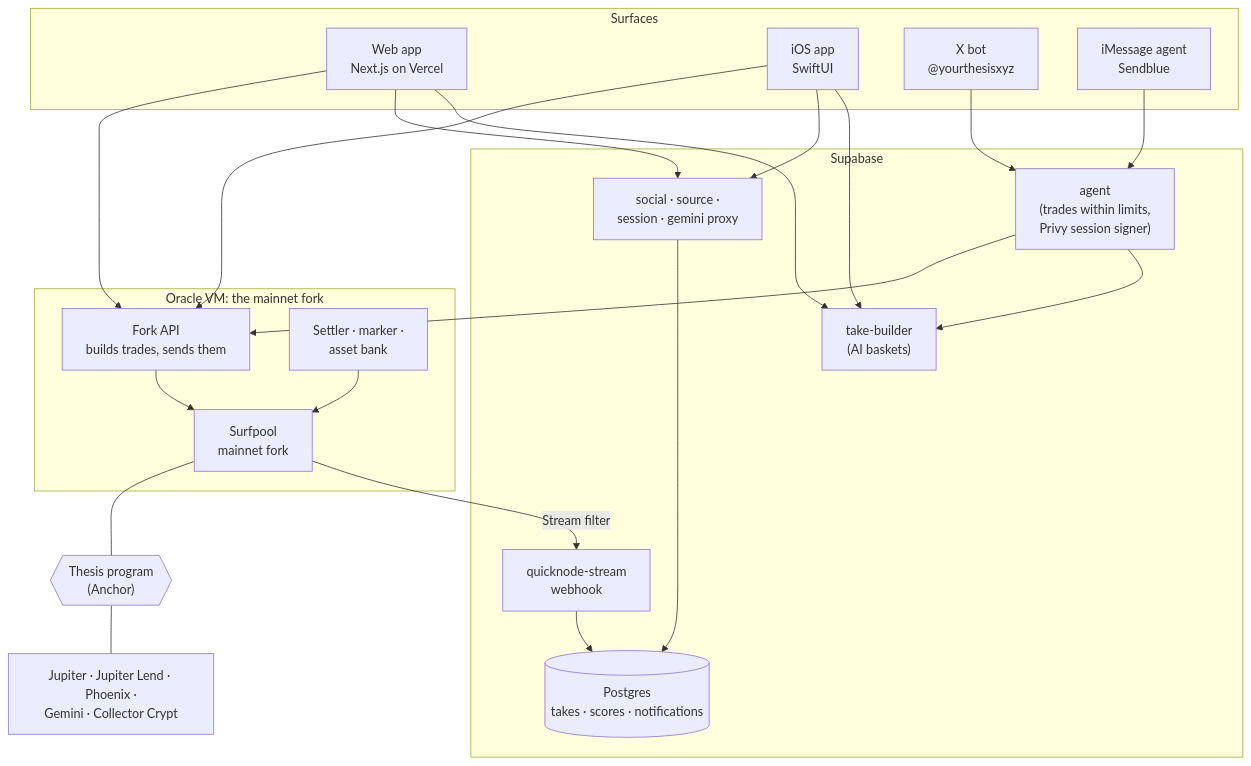
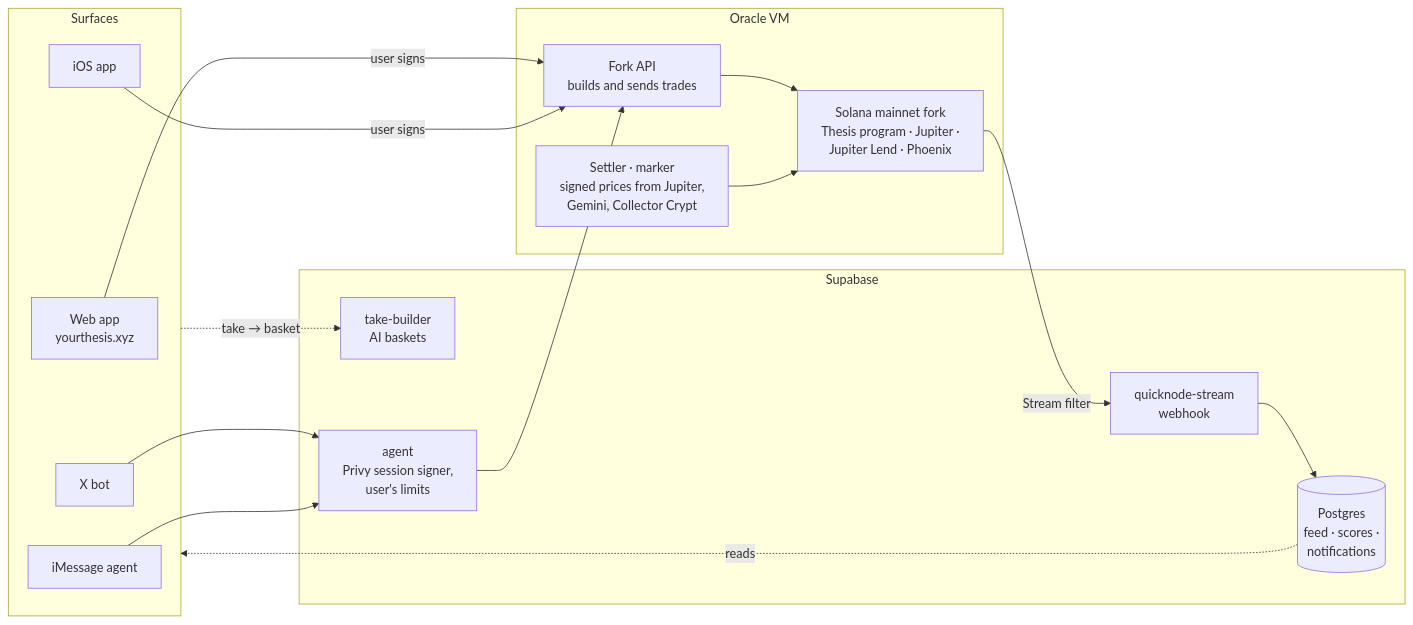
One commit to crh78/Thesis changed the third of 4 diagrams in README.md. Above: the diagram before and after it, drawn with Mermaid. The commit also changed other lines of this file, not shown here.

Commit message:
README: a simpler architecture diagram

````diff
--- a/README.md
+++ b/README.md
@@ -208,36 +208,27 @@
 ```mermaid
-flowchart TB
-    subgraph Surfaces
-        WEB["Web app<br/>Next.js on Vercel"]
-        IOS["iOS app<br/>SwiftUI"]
-        XB["X bot<br/>@yourthesisxyz"]
-        IM["iMessage agent<br/>Sendblue"]
+flowchart LR
+    subgraph S["Surfaces"]
+        WEB["Web app<br/>yourthesis.xyz"]
+        IOS["iOS app"]
+        XB["X bot"]
+        IM["iMessage agent"]
     end
-    subgraph Backend["Supabase"]
-        TB["take-builder<br/>(AI baskets)"]
-        AG["agent<br/>(trades within limits,<br/>Privy session signer)"]
-        SO["social · source ·<br/>session · gemini proxy"]
-        DB[("Postgres<br/>takes · scores · notifications")]
+    subgraph B["Supabase"]
+        AI["take-builder<br/>AI baskets"]
+        AG["agent<br/>Privy session signer,<br/>user's limits"]
         WH["quicknode-stream<br/>webhook"]
+        DB[("Postgres<br/>feed · scores ·<br/>notifications")]
     end
-    subgraph VM["Oracle VM: the mainnet fork"]
-        FA["Fork API<br/>builds trades, sends them"]
-        SP["Surfpool<br/>mainnet fork"]
-        ST["Settler · marker ·<br/>asset bank"]
+    subgraph V["Oracle VM"]
+        FA["Fork API<br/>builds and sends trades"]
+        SP["Solana mainnet fork<br/>Thesis program · Jupiter ·<br/>Jupiter Lend · Phoenix"]
+        ST["Settler · marker<br/>signed prices from Jupiter,<br/>Gemini, Collector Crypt"]
     end
-    PRG{{"Thesis program<br/>(Anchor)"}}
-    VEN["Jupiter · Jupiter Lend · Phoenix ·<br/>Gemini · Collector Crypt"]
-
-    WEB & IOS --> FA
-    WEB & IOS --> SO
-    XB & IM --> AG
-    AG --> FA
-    WEB & IOS & AG --> TB
+    WEB & IOS -->|"user signs"| FA
+    XB & IM --> AG --> FA
+    S -.->|"take → basket"| AI
     FA --> SP
-    SP --- PRG
-    PRG --- VEN
     ST --> SP
-    SP -->|"Stream filter"| WH
-    WH --> DB
-    SO --> DB
+    SP -->|"Stream filter"| WH --> DB
+    DB -.->|"reads"| S
 ```
````
